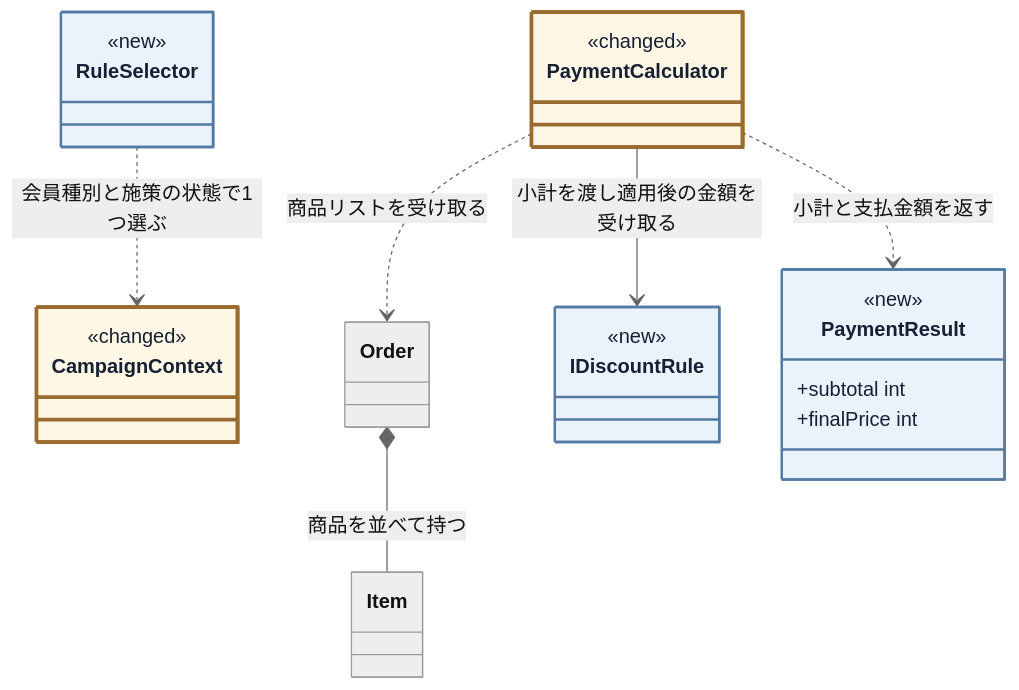
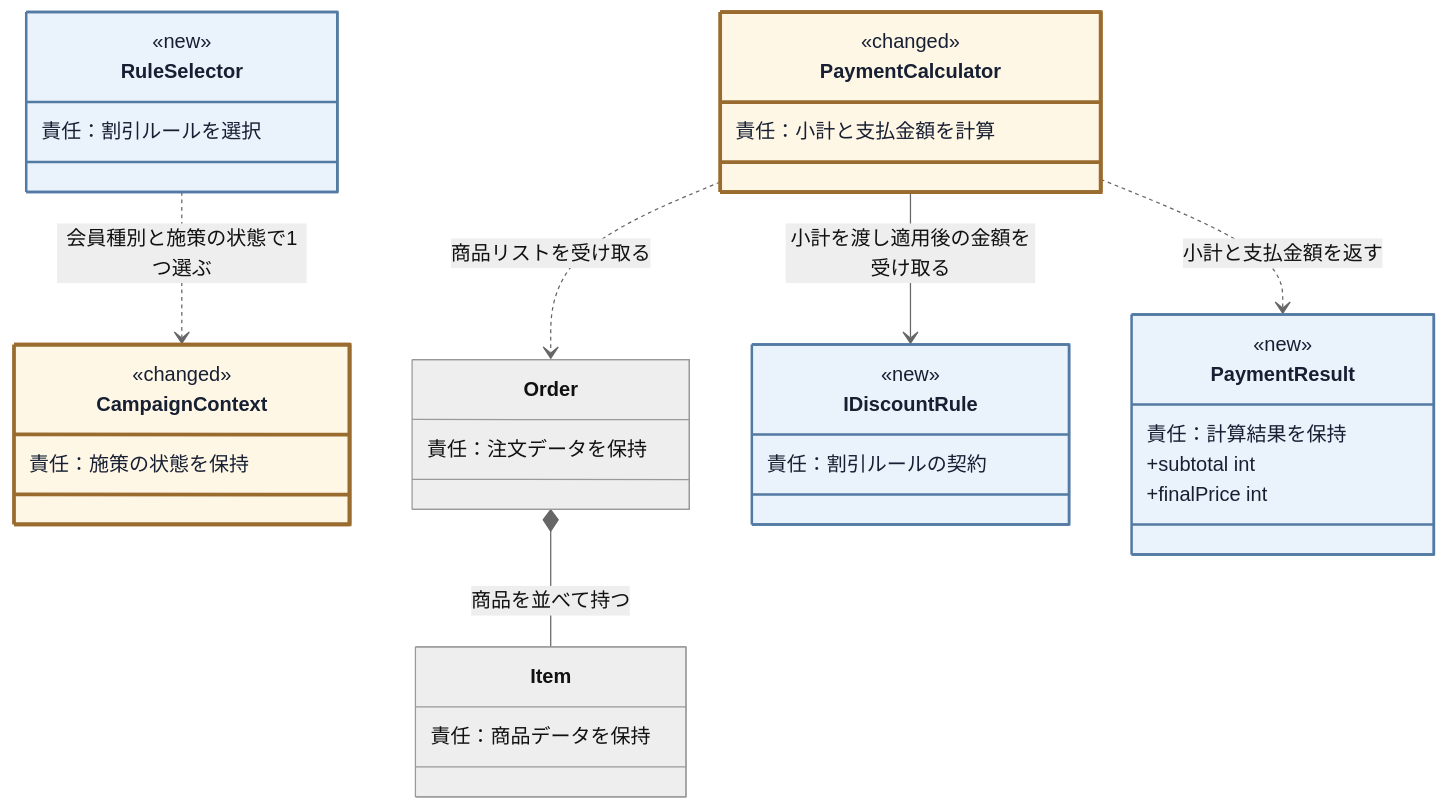
Before and after one commit to kumachan1101-pixel/DesignPattern: diagram 16 of 20 in kindle/design-patterns/books/volume01-core-patterns/output/03-chapter01.md, drawn with Mermaid (neutral theme). The commit also changed other lines of this file and 12 other files, not shown here.

````diff
--- a/kindle/design-patterns/books/volume01-core-patterns/output/03-chapter01.md
+++ b/kindle/design-patterns/books/volume01-core-patterns/output/03-chapter01.md
@@ -1818,31 +1853,40 @@
 ```mermaid
 classDiagram
     direction TB
-    class Order
-    class Item
+    class Order {
+        責任：注文データを保持
+    }
+    class Item {
+        責任：商品データを保持
+    }
     class CampaignContext:::touched {
         <<changed>>
+        責任：施策の状態を保持
     }
     class RuleSelector:::added {
         <<new>>
+        責任：割引ルールを選択
     }
     class PaymentCalculator:::touched {
         <<changed>>
+        責任：小計と支払金額を計算
     }
     class IDiscountRule:::added {
         <<new>>
         <<interface>>
+        責任：割引ルールの契約
     }
     class PaymentResult:::added {
         <<new>>
+        責任：計算結果を保持
         +subtotal int
         +finalPrice int
     }
     Order *-- Item : 商品を並べて持つ
     RuleSelector ..> CampaignContext : 会員種別と施策の状態で1つ選ぶ
     PaymentCalculator ..> Order : 商品リストを受け取る
     PaymentCalculator --> IDiscountRule : 小計を渡し適用後の金額を受け取る
     PaymentCalculator ..> PaymentResult : 小計と支払金額を返す
     classDef added fill:#eaf2fb,stroke:#527aa3,stroke-width:2px,color:#172033;
     classDef touched fill:#fff7e6,stroke:#9a6b2f,stroke-width:3px,color:#172033;
 ```
````
